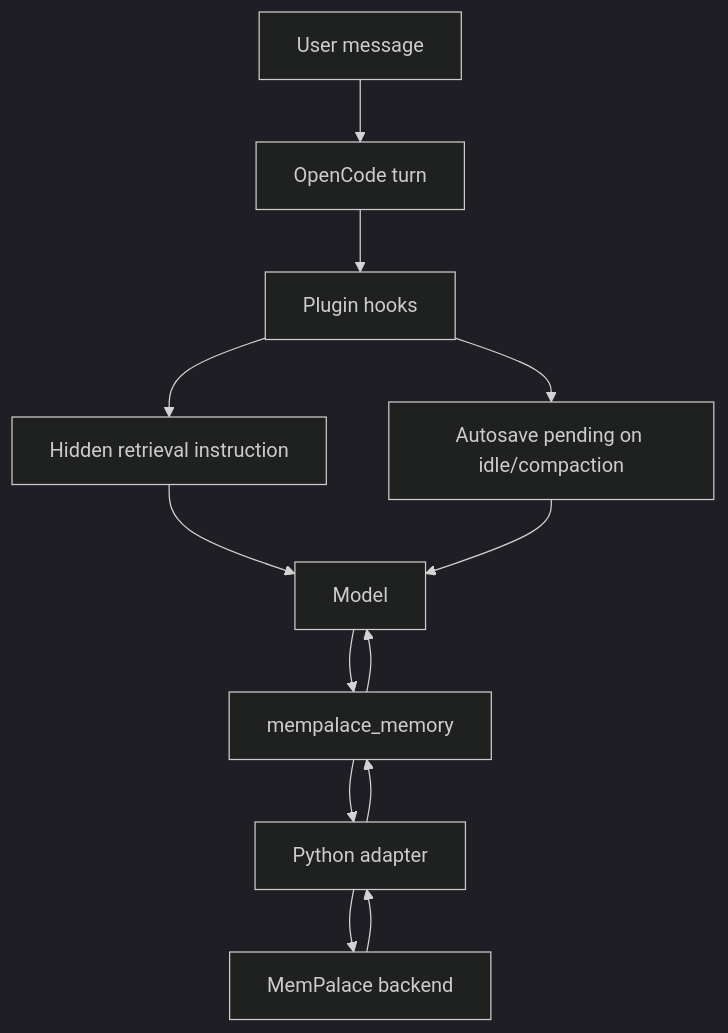
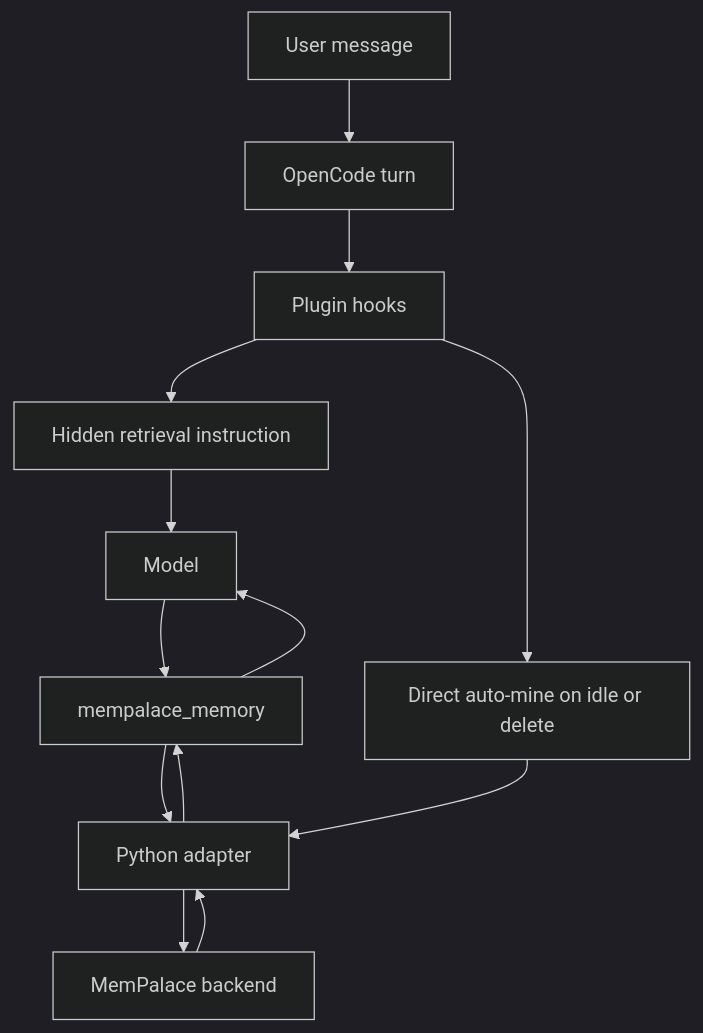
The diagram in README.md (rvboris/opencode-mempalace), drawn with Mermaid (dark theme) before and after one commit. The commit also changed other lines of this file and 19 other files, not shown here.

````diff
--- a/README.md
+++ b/README.md
@@ -23,15 +23,15 @@
 ```mermaid
 flowchart TD
     U[User message] --> OC[OpenCode turn]
     OC --> EV[Plugin hooks]
     EV --> RET[Hidden retrieval instruction]
-    EV --> AS[Autosave pending on idle/compaction]
+    EV --> MINE[Direct auto-mine on idle or delete]
     RET --> LLM[Model]
-    AS --> LLM
     LLM --> TOOL[mempalace_memory]
     TOOL --> ADAPTER[Python adapter]
+    MINE --> ADAPTER
     ADAPTER --> MP[MemPalace backend]
     MP --> ADAPTER
     ADAPTER --> TOOL
     TOOL --> LLM
 ```
````
